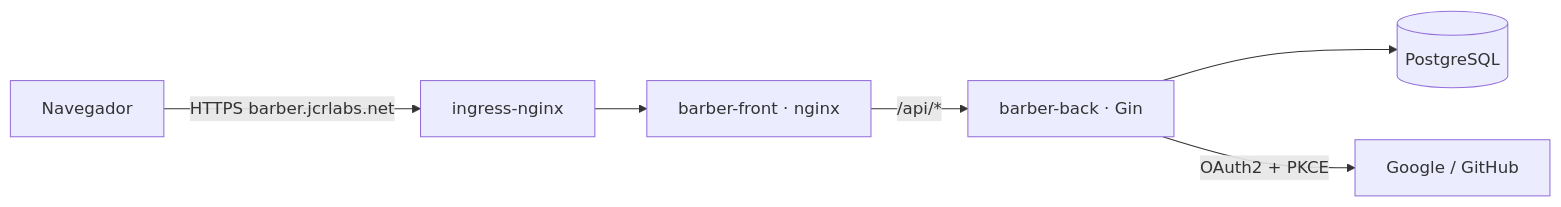
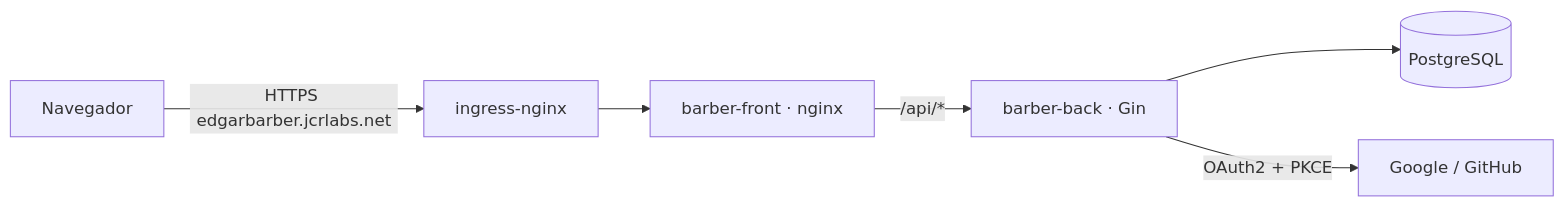
The diagram in README.md (jcrlabs/barber-back), drawn with Mermaid before and after one commit. The commit also changed other lines of this file and 5 other files, not shown here.

````diff
--- a/README.md
+++ b/README.md
@@ -9,8 +9,8 @@
 ```mermaid
 flowchart LR
-  U[Navegador] -->|HTTPS barber.jcrlabs.net| IN[ingress-nginx]
+  U[Navegador] -->|HTTPS edgarbarber.jcrlabs.net| IN[ingress-nginx]
   IN --> FE[barber-front · nginx]
   FE -->|/api/*| BE[barber-back · Gin]
   BE --> PG[(PostgreSQL)]
   BE -->|OAuth2 + PKCE| G[Google / GitHub]
 ```
````
